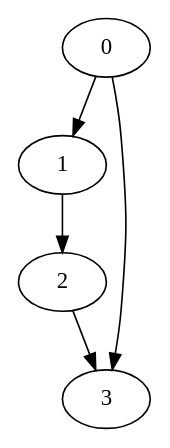
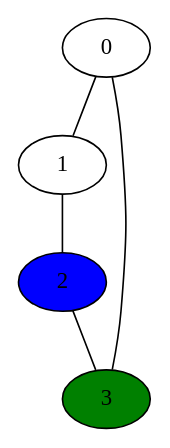
The diagram in dot/graph04a.txt.dot (nox-x/finder), drawn with Graphviz before and after one commit. The commit also changed 21 other files, not shown here.

```diff
--- a/dot/graph04a.txt.dot
+++ b/dot/graph04a.txt.dot
@@ -1,6 +1,8 @@
-digraph G {
-0 -> 1
-0 -> 3
-1 -> 2
-2 -> 3
+graph G {
+0 -- 1
+0 -- 3
+1 -- 2
+2 -- 3
+3 [fillcolor=green, style=filled]
+2 [fillcolor=blue, style=filled]
 }
```
